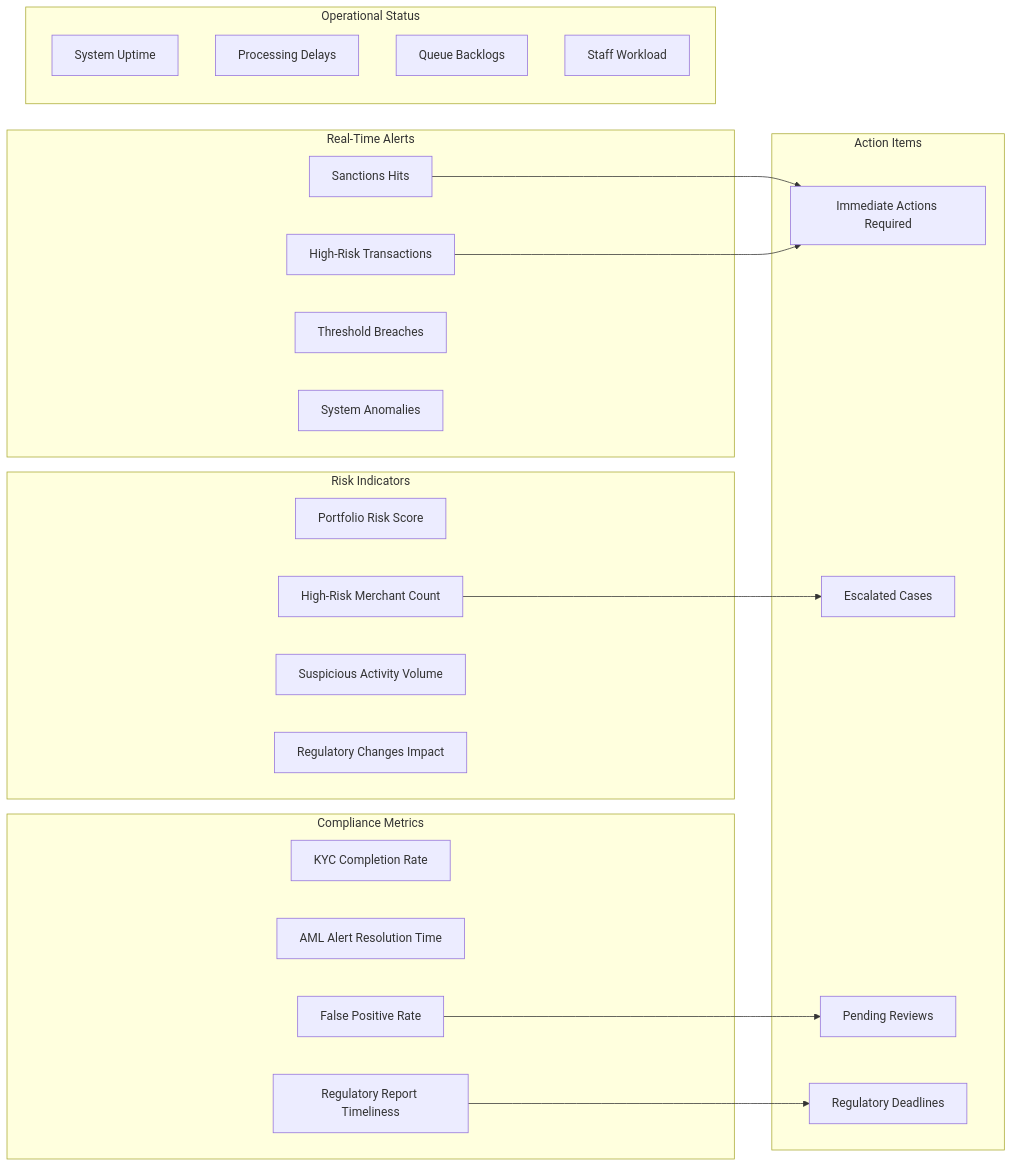
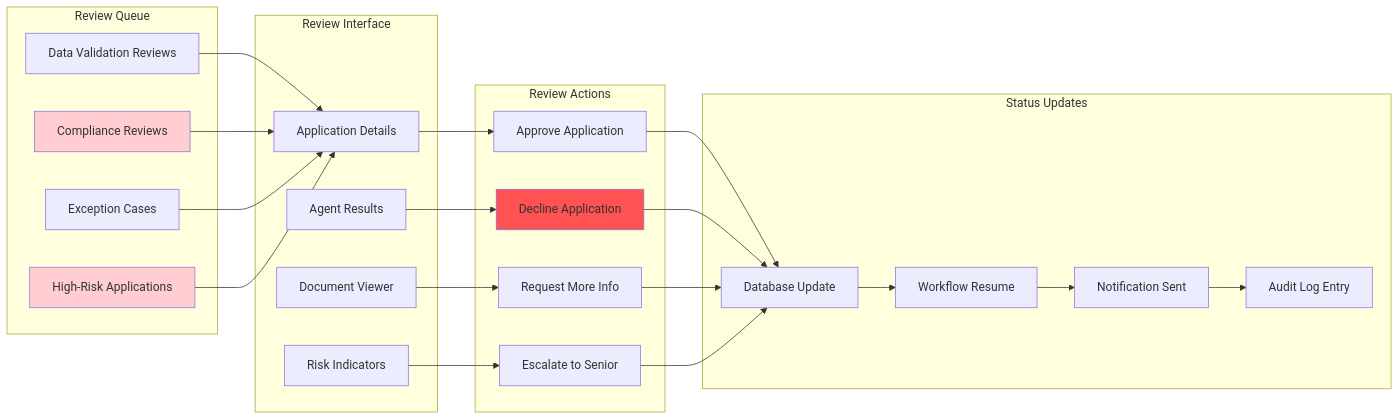
One commit to rishi154/merchant-onboarding changed the eighth of 10 diagrams in merchant-onboarding/Compliance_Workflow_Diagrams.md. Above: the diagram before and after it, drawn with Mermaid. The commit also changed other lines of this file and 20 other files, not shown here.

````diff
--- a/merchant-onboarding/Compliance_Workflow_Diagrams.md
+++ b/merchant-onboarding/Compliance_Workflow_Diagrams.md
@@ -399,43 +336,53 @@
 ```mermaid
 flowchart LR
-    subgraph "Real-Time Alerts"
-        RTA1[Sanctions Hits]
-        RTA2[High-Risk Transactions]
-        RTA3[Threshold Breaches]
-        RTA4[System Anomalies]
+    subgraph "Review Queue"
+        RQ1[Data Validation Reviews]
+        RQ2[Compliance Reviews]
+        RQ3[Exception Cases]
+        RQ4[High-Risk Applications]
     end
     
-    subgraph "Compliance Metrics"
-        CM1[KYC Completion Rate]
-        CM2[AML Alert Resolution Time]
-        CM3[False Positive Rate]
-        CM4[Regulatory Report Timeliness]
+    subgraph "Review Interface"
+        RI1[Application Details]
+        RI2[Agent Results]
+        RI3[Document Viewer]
+        RI4[Risk Indicators]
     end
     
-    subgraph "Risk Indicators"
-        RI1[Portfolio Risk Score]
-        RI2[High-Risk Merchant Count]
-        RI3[Suspicious Activity Volume]
-        RI4[Regulatory Changes Impact]
+    subgraph "Review Actions"
+        RA1[Approve Application]
+        RA2[Decline Application]
+        RA3[Request More Info]
+        RA4[Escalate to Senior]
     end
     
-    subgraph "Operational Status"
-        OS1[System Uptime]
-        OS2[Processing Delays]
-        OS3[Queue Backlogs]
-        OS4[Staff Workload]
+    subgraph "Status Updates"
+        SU1[Database Update]
+        SU2[Workflow Resume]
+        SU3[Notification Sent]
+        SU4[Audit Log Entry]
     end
     
-    subgraph "Action Items"
-        AI1[Immediate Actions Required]
-        AI2[Pending Reviews]
-        AI3[Escalated Cases]
-        AI4[Regulatory Deadlines]
-    end
+    RQ1 --> RI1
+    RQ2 --> RI1
+    RQ3 --> RI1
+    RQ4 --> RI1
     
-    RTA1 --> AI1
-    RTA2 --> AI1
-    CM3 --> AI2
-    RI2 --> AI3
-    CM4 --> AI4
+    RI1 --> RA1
+    RI2 --> RA2
+    RI3 --> RA3
+    RI4 --> RA4
+    
+    RA1 --> SU1
+    RA2 --> SU1
+    RA3 --> SU1
+    RA4 --> SU1
+    
+    SU1 --> SU2
+    SU2 --> SU3
+    SU3 --> SU4
+    
+    style RQ2 fill:#ffcdd2
+    style RQ4 fill:#ffcdd2
+    style RA2 fill:#ff5252
 ```
````
